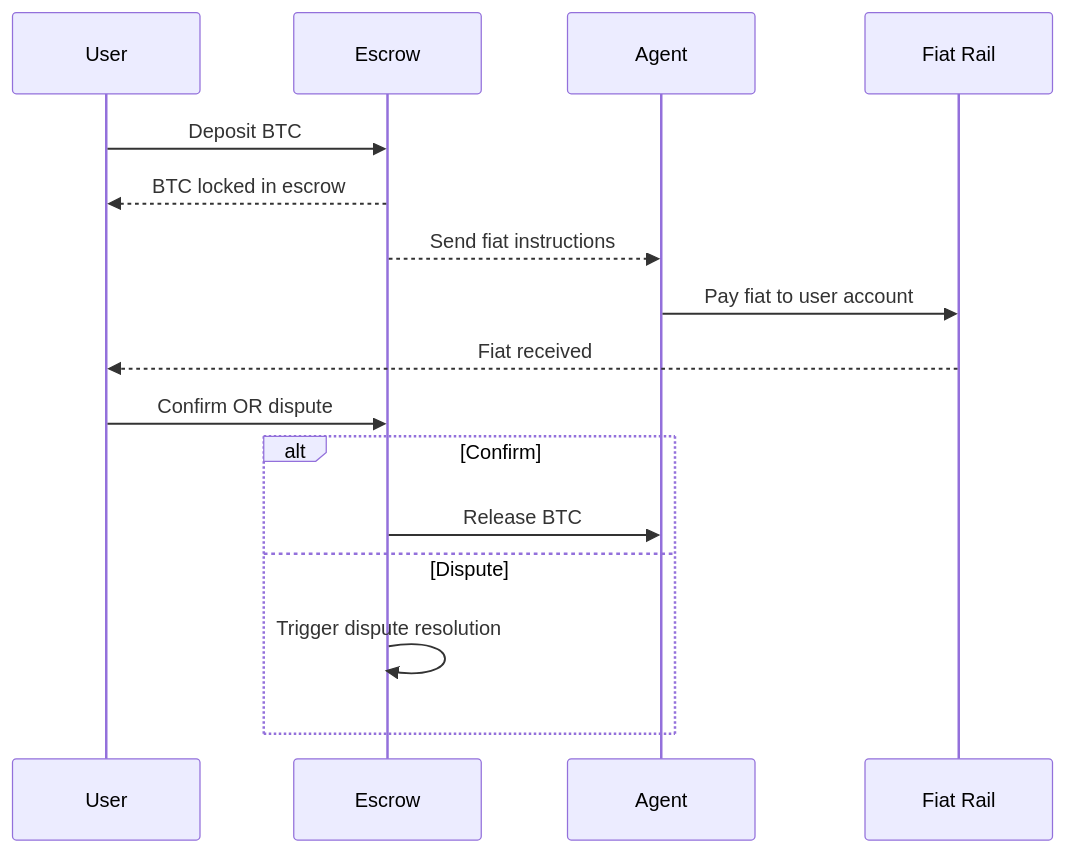
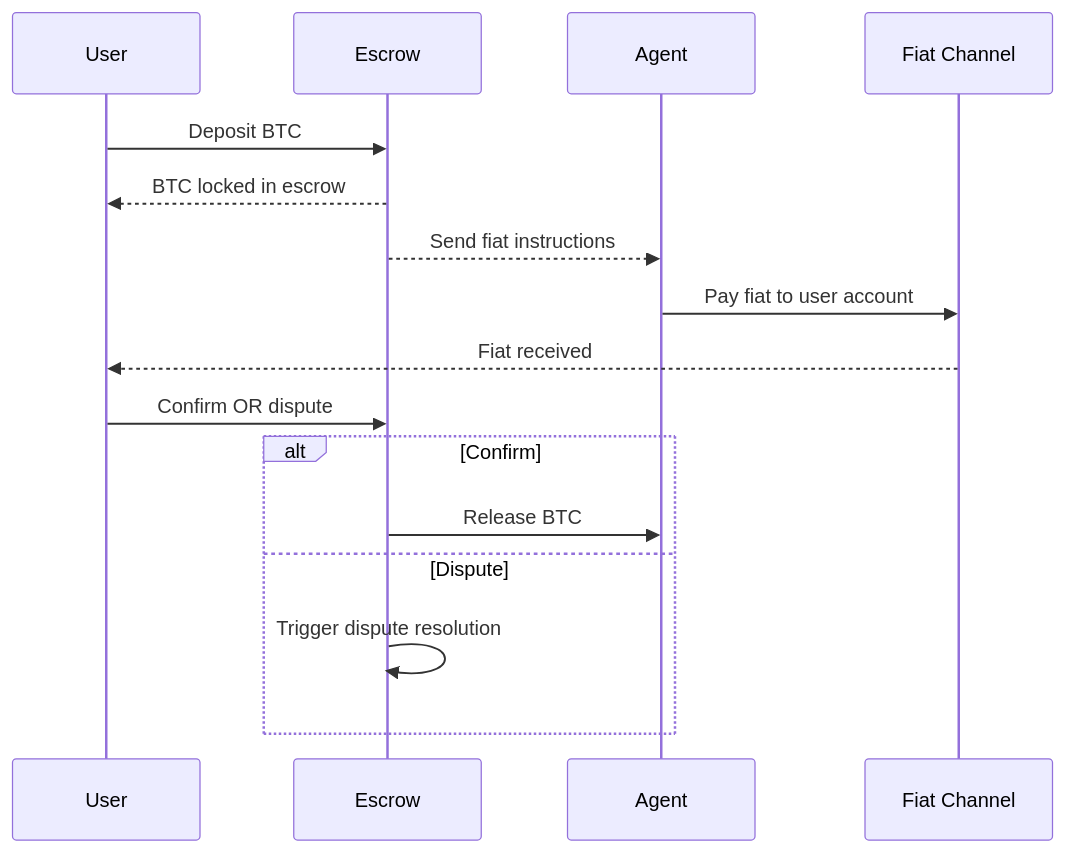
The first of 3 diagrams in escrow-flows.md (minmoto/minmo-pleb), drawn with Mermaid before and after one commit. The commit also changed other lines of this file and 3 other files, not shown here.

````diff
--- a/escrow-flows.md
+++ b/escrow-flows.md
@@ -27,19 +27,19 @@
 ```mermaid
 sequenceDiagram
     participant U as User
     participant E as Escrow
     participant A as Agent
-    participant F as Fiat Rail
+    participant FC as Fiat Channel
 
     U->>E: Deposit BTC
     E-->>U: BTC locked in escrow
     E-->>A: Send fiat instructions
-    A->>F: Pay fiat to user account
-    F-->>U: Fiat received
+    A->>FC: Pay fiat to user account
+    FC-->>U: Fiat received
     U->>E: Confirm OR dispute
     alt Confirm
         E->>A: Release BTC
     else Dispute
         E->>E: Trigger dispute resolution
     end
 ```
````
